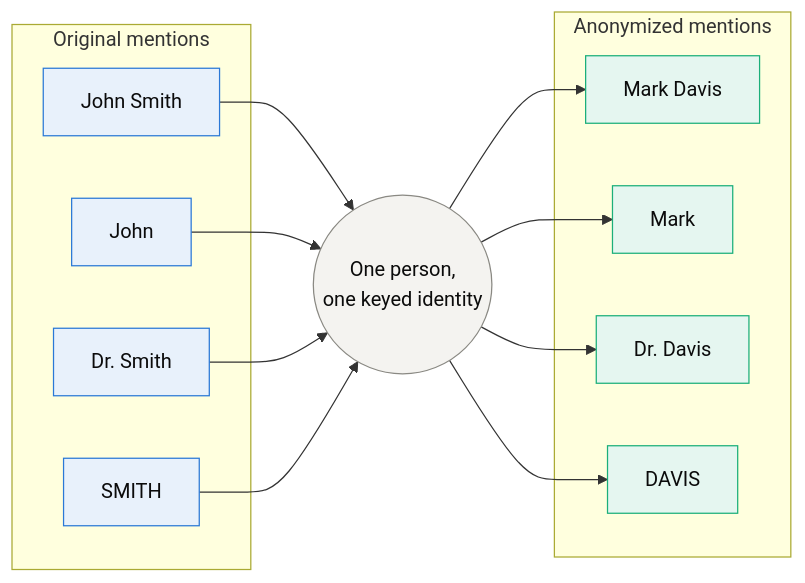
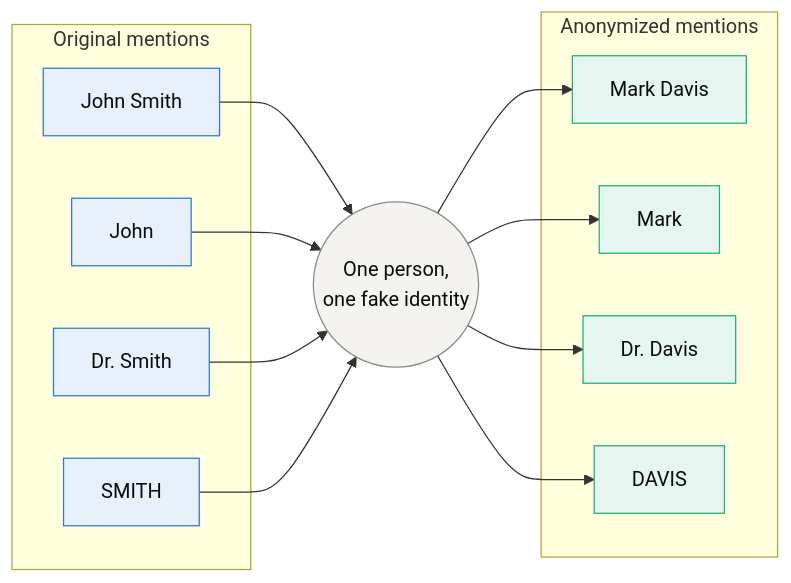
One commit to jon-chun/hrf_2026_hack-and-tell_anonymizer changed the diagram in docs/figures/surrogate-consistency.mmd. Above: the diagram before and after it, drawn with Mermaid. The commit also changed 30 other files, not shown here.

```diff
--- a/docs/figures/surrogate-consistency.mmd
+++ b/docs/figures/surrogate-consistency.mmd
@@ -1,29 +1,29 @@
 graph LR
   subgraph Original mentions
     A1[John Smith]
     A2[John]
     A3[Dr. Smith]
     A4[SMITH]
   end
-  P((One person,<br/>one keyed identity))
+  P((One person,<br/>one fake identity))
   subgraph Anonymized mentions
     B1[Mark Davis]
     B2[Mark]
     B3[Dr. Davis]
     B4[DAVIS]
   end
   A1 --> P
   A2 --> P
   A3 --> P
   A4 --> P
   P --> B1
   P --> B2
   P --> B3
   P --> B4
   class A1,A2,A3,A4 local
   class B1,B2,B3,B4 human
   class P neutral
   classDef local fill:#e8f1fb,stroke:#2a78d6,color:#0b0b0b
   classDef provider fill:#fdeee7,stroke:#eb6834,color:#0b0b0b
   classDef human fill:#e5f6f0,stroke:#1baf7a,color:#0b0b0b
   classDef neutral fill:#f4f3f0,stroke:#8a8983,color:#0b0b0b
```
